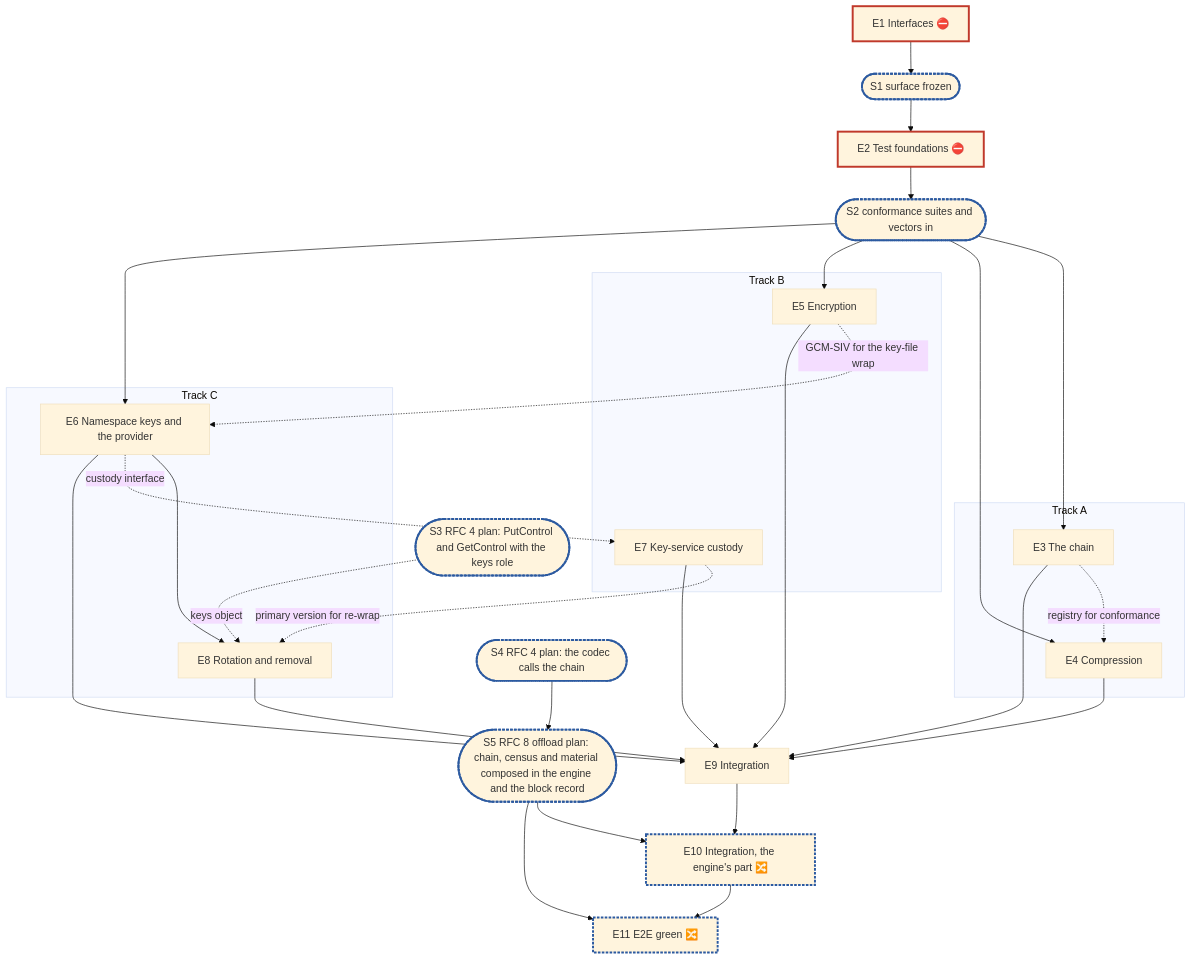
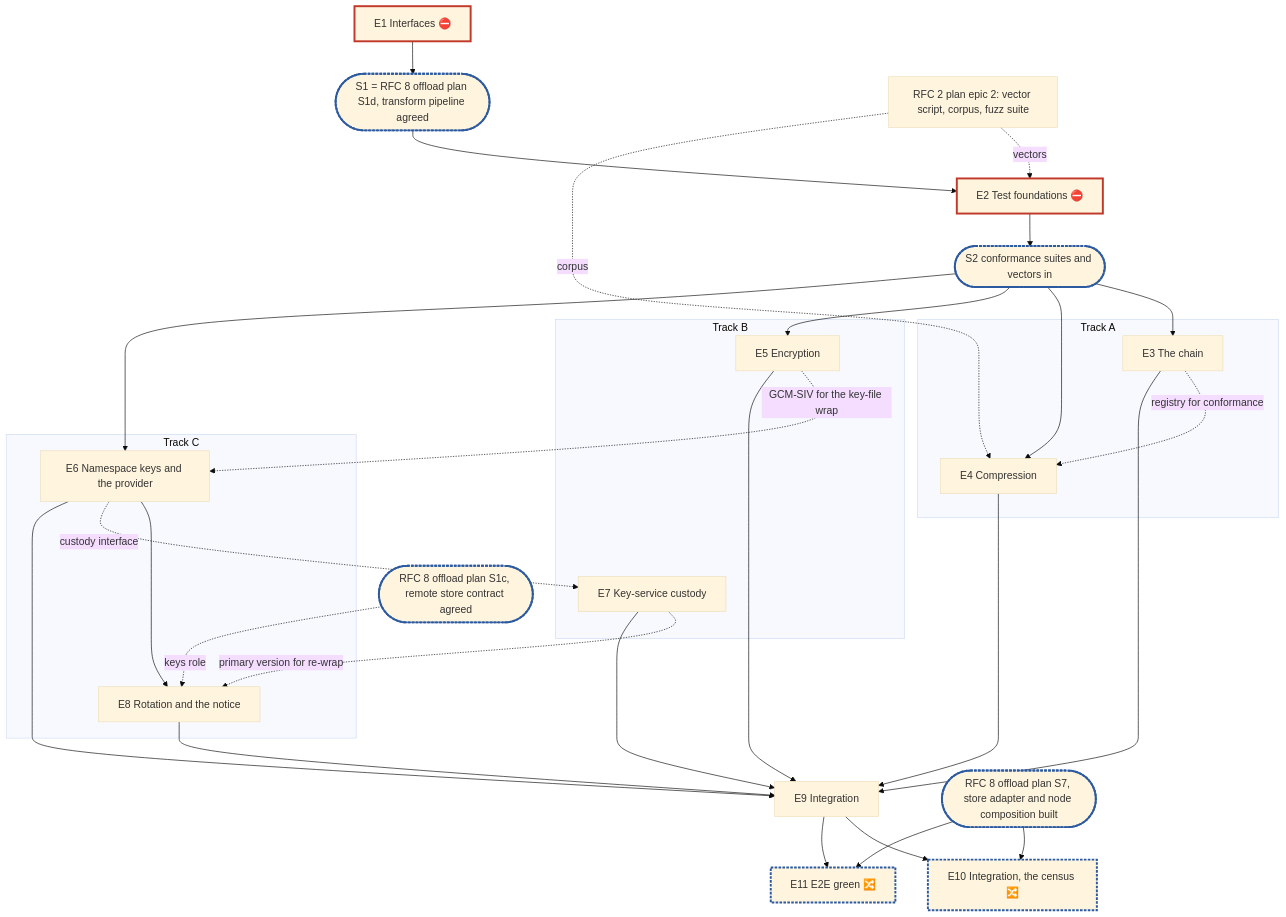
One commit to cubbit/dittofs changed the diagram in .planning/rfc-5-transforms-plan.md. Above: the diagram before and after it, drawn with Mermaid (base theme). The commit also changed other lines of this file and 1 other file, not shown here.

First line of the commit message:
docs(planning): RFC 5 plan follows the offload contract

````diff
--- a/.planning/rfc-5-transforms-plan.md
+++ b/.planning/rfc-5-transforms-plan.md
@@ -287,29 +328,31 @@
 ```mermaid
 flowchart TD
-  E1["E1 Interfaces ⛔"]:::blocker --> S1(["S1 surface frozen"]):::sync
+  E1["E1 Interfaces ⛔"]:::blocker --> S1(["S1 = RFC 8 offload plan S1d, transform pipeline agreed"]):::sync
   S1 --> E2["E2 Test foundations ⛔"]:::blocker --> S2(["S2 conformance suites and vectors in"]):::sync
+  R2["RFC 2 plan epic 2: vector script, corpus, fuzz suite"] -. "vectors" .-> E2
+  R2 -. "corpus" .-> E4
   subgraph A["Track A"]
     E3["E3 The chain"]
     E4["E4 Compression"]
   end
   subgraph B["Track B"]
     E5["E5 Encryption"]
     E7["E7 Key-service custody"]
   end
   subgraph C["Track C"]
-    E6["E6 Namespace keys and the provider"] --> E8["E8 Rotation and removal"]
+    E6["E6 Namespace keys and the provider"] --> E8["E8 Rotation and the notice"]
   end
   S2 --> E3 & E4 & E5 & E6
   E3 -. "registry for conformance" .-> E4
   E5 -. "GCM-SIV for the key-file wrap" .-> E6
   E6 -. "custody interface" .-> E7
   E7 -. "primary version for re-wrap" .-> E8
-  S3(["S3 RFC 4 plan: PutControl and GetControl with the keys role"]):::sync -. "keys object" .-> E8
+  S1c(["RFC 8 offload plan S1c, remote store contract agreed"]):::sync -. "keys role" .-> E8
   E3 & E4 & E5 & E6 & E7 & E8 --> E9["E9 Integration"]
-  S4(["S4 RFC 4 plan: the codec calls the chain"]):::sync --> S5
-  S5(["S5 RFC 8 offload plan: chain, census and material composed in the engine and the block record"]):::sync --> E10["E10 Integration, the engine's part 🔀"]:::sync
-  E9 --> E10 --> E11["E11 E2E green 🔀"]:::sync
-  S5 --> E11
+  S7(["RFC 8 offload plan S7, store adapter and node composition built"]):::sync --> E10["E10 Integration, the census 🔀"]:::sync
+  S7 --> E11["E11 E2E green 🔀"]:::sync
+  E9 --> E10
+  E9 --> E11
   classDef blocker stroke:#c0392b,stroke-width:3px
   classDef sync stroke:#2c5aa0,stroke-width:3px,stroke-dasharray:4 2
 ```
````
